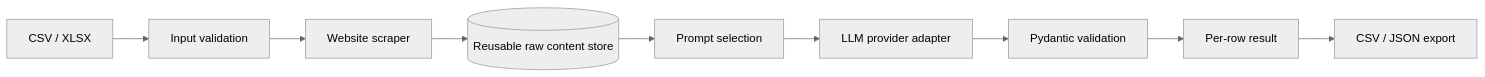
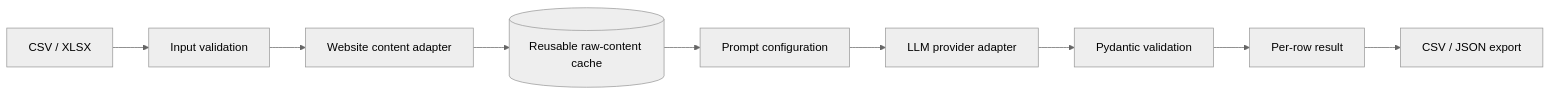
The diagram in README.md (luh0pump/ai-company-evaluation-pipeline), drawn with Mermaid (neutral theme) before and after one commit. The commit also changed other lines of this file and 14 other files, not shown here.

````diff
--- a/README.md
+++ b/README.md
@@ -25,11 +23,11 @@
 ```mermaid
 flowchart LR
     A[CSV / XLSX] --> B[Input validation]
-    B --> C[Website scraper]
-    C --> D[(Reusable raw content store)]
-    D --> E[Prompt selection]
+    B --> C[Website content adapter]
+    C --> D[(Reusable raw-content cache)]
+    D --> E[Prompt configuration]
     E --> F[LLM provider adapter]
     F --> G[Pydantic validation]
     G --> H[Per-row result]
     H --> I[CSV / JSON export]
 ```
````
